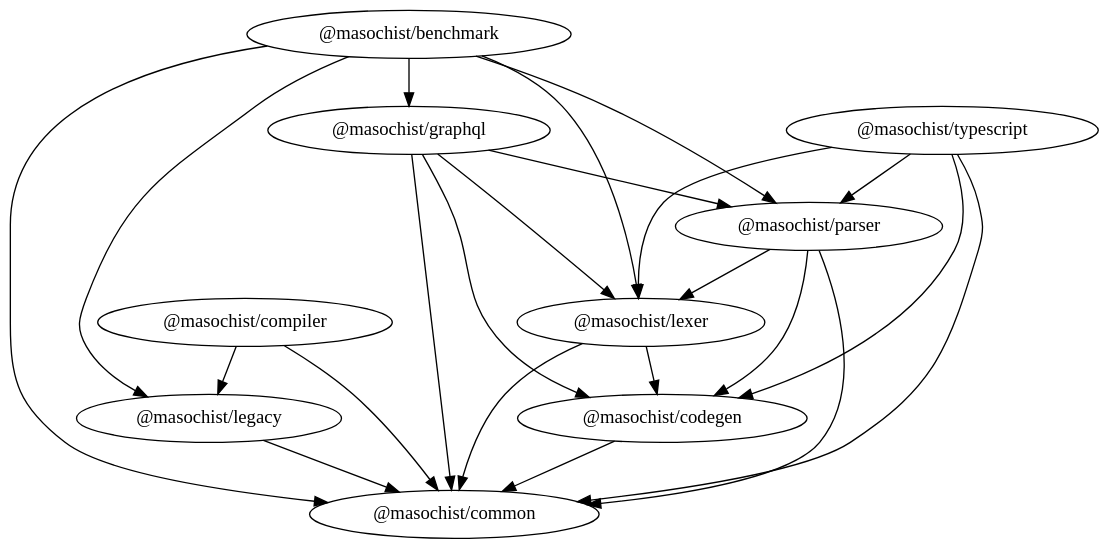
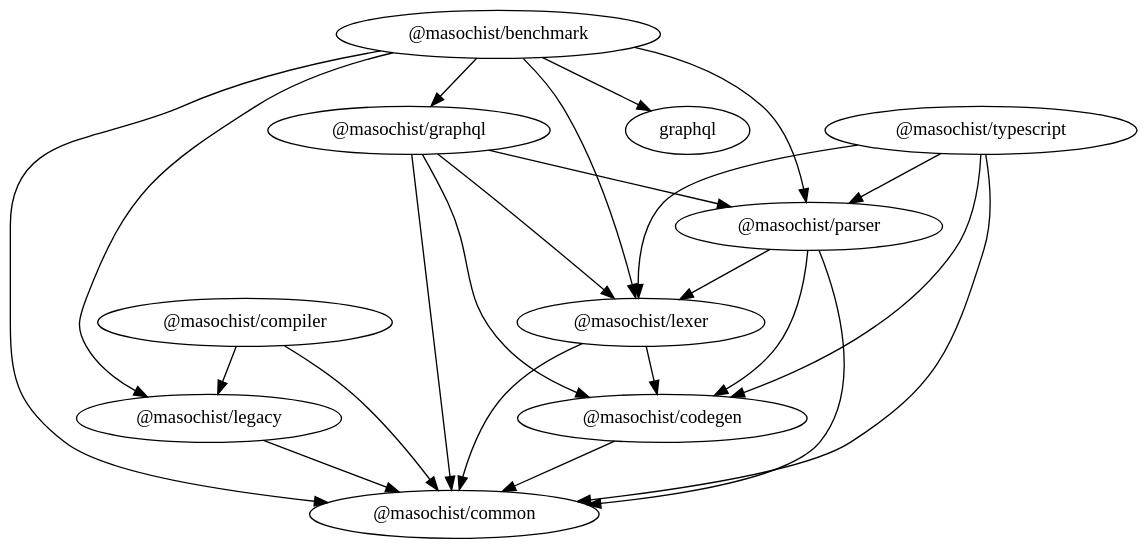
The diagram in docs/packages-light.dot (wincent/masochist), drawn with Graphviz before and after one commit. The commit also changed 3 other files, not shown here.

First line of the commit message:
docs: update dependency graph diagram

```diff
--- a/docs/packages-light.dot
+++ b/docs/packages-light.dot
@@ -1,41 +1,42 @@
 // vim: set nomodifiable : DO NOT EDIT
 //
 // Edit "support/dotifyDependencyGraph.mjs" and run "make docs" instead.
 //
 // @generated
 
 digraph dependency_graph {
   bgcolor = "transparent";
 
   node[color = "black", fontcolor = "black"]; "@masochist/benchmark"
   node[color = "black", fontcolor = "black"]; "@masochist/codegen"
   node[color = "black", fontcolor = "black"]; "@masochist/compiler"
   node[color = "black", fontcolor = "black"]; "@masochist/graphql"
   node[color = "black", fontcolor = "black"]; "@masochist/legacy"
   node[color = "black", fontcolor = "black"]; "@masochist/lexer"
   node[color = "black", fontcolor = "black"]; "@masochist/parser"
   node[color = "black", fontcolor = "black"]; "@masochist/typescript"
 
   "@masochist/benchmark" -> "@masochist/common" [color = "black", fontcolor = "black"];
   "@masochist/benchmark" -> "@masochist/graphql" [color = "black", fontcolor = "black"];
   "@masochist/benchmark" -> "@masochist/legacy" [color = "black", fontcolor = "black"];
   "@masochist/benchmark" -> "@masochist/lexer" [color = "black", fontcolor = "black"];
   "@masochist/benchmark" -> "@masochist/parser" [color = "black", fontcolor = "black"];
+  "@masochist/benchmark" -> "graphql" [color = "black", fontcolor = "black"];
   "@masochist/codegen" -> "@masochist/common" [color = "black", fontcolor = "black"];
   "@masochist/compiler" -> "@masochist/common" [color = "black", fontcolor = "black"];
   "@masochist/compiler" -> "@masochist/legacy" [color = "black", fontcolor = "black"];
   "@masochist/graphql" -> "@masochist/codegen" [color = "black", fontcolor = "black"];
   "@masochist/graphql" -> "@masochist/common" [color = "black", fontcolor = "black"];
   "@masochist/graphql" -> "@masochist/lexer" [color = "black", fontcolor = "black"];
   "@masochist/graphql" -> "@masochist/parser" [color = "black", fontcolor = "black"];
   "@masochist/legacy" -> "@masochist/common" [color = "black", fontcolor = "black"];
   "@masochist/lexer" -> "@masochist/codegen" [color = "black", fontcolor = "black"];
   "@masochist/lexer" -> "@masochist/common" [color = "black", fontcolor = "black"];
   "@masochist/parser" -> "@masochist/codegen" [color = "black", fontcolor = "black"];
   "@masochist/parser" -> "@masochist/common" [color = "black", fontcolor = "black"];
   "@masochist/parser" -> "@masochist/lexer" [color = "black", fontcolor = "black"];
   "@masochist/typescript" -> "@masochist/codegen" [color = "black", fontcolor = "black"];
   "@masochist/typescript" -> "@masochist/common" [color = "black", fontcolor = "black"];
   "@masochist/typescript" -> "@masochist/lexer" [color = "black", fontcolor = "black"];
   "@masochist/typescript" -> "@masochist/parser" [color = "black", fontcolor = "black"];
 }
```
